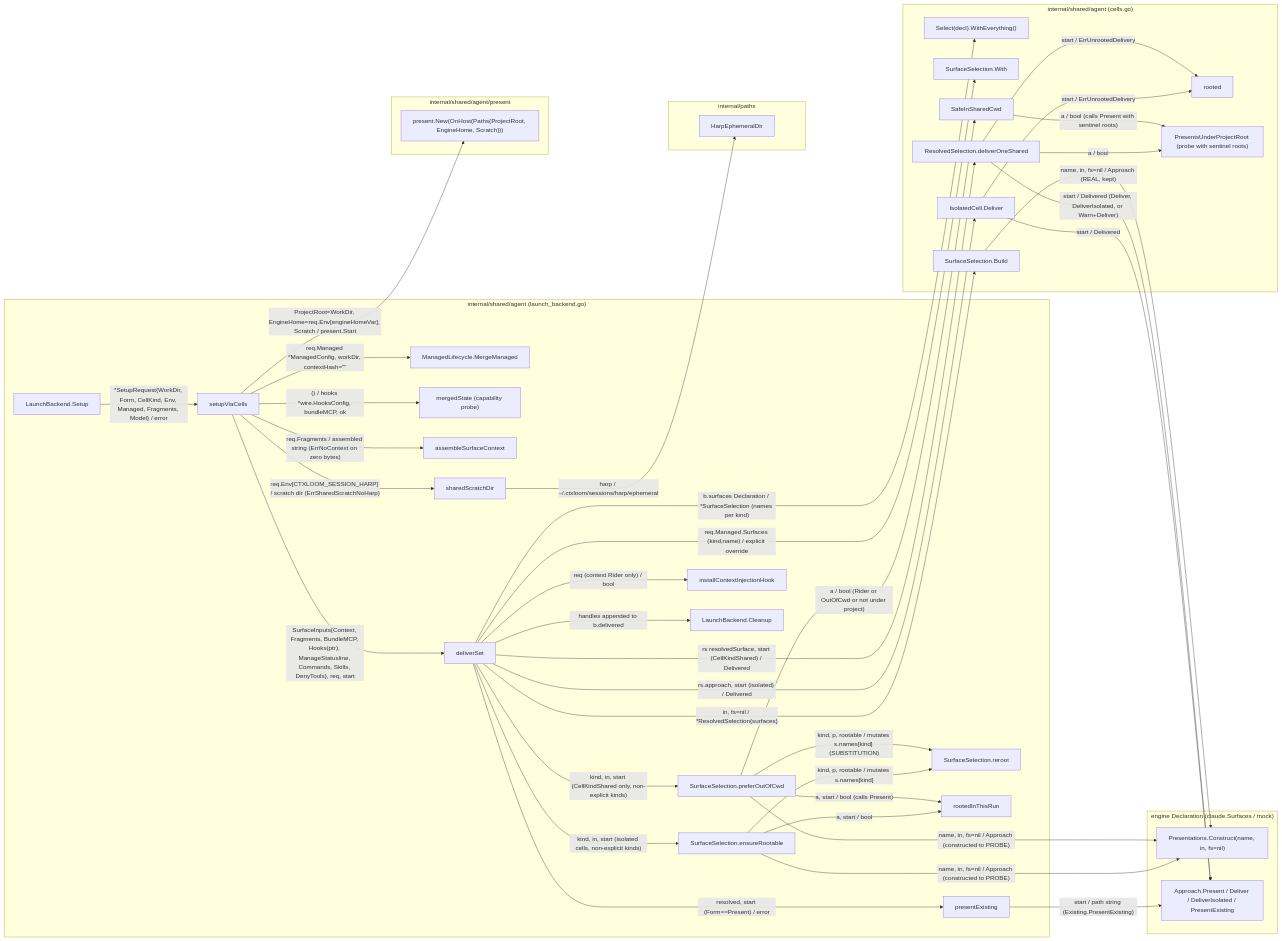
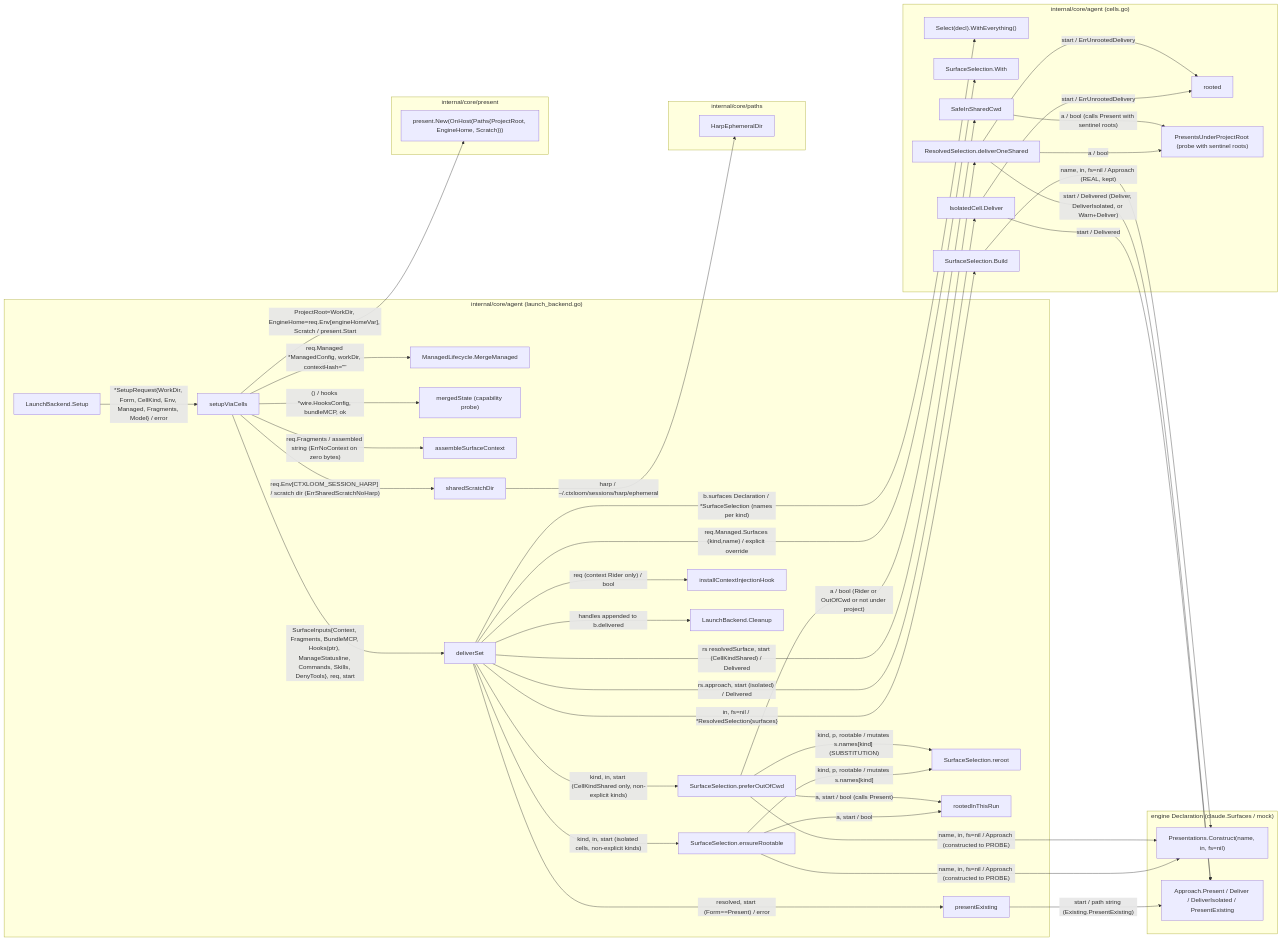
The second of 10 diagrams in docs/architecture/audit-2026-09-18/03-delivery-surfaces.md (ctxloom/ctxloom), drawn with Mermaid before and after one commit. The commit also changed other lines of this file and 1836 other files, not shown here.

First line of the commit message:
refactor(arch): move the core ring into internal/core

````diff
--- a/docs/architecture/audit-2026-09-18/03-delivery-surfaces.md
+++ b/docs/architecture/audit-2026-09-18/03-delivery-surfaces.md
@@ -115,73 +115,73 @@
 ```mermaid
 flowchart LR
-  subgraph lb["internal/shared/agent (launch_backend.go)"]
+  subgraph lb["internal/core/agent (launch_backend.go)"]
     SETUP["LaunchBackend.Setup"]
     SVC["setupViaCells"]
     MM["ManagedLifecycle.MergeManaged"]
     MS["mergedState (capability probe)"]
     ASC["assembleSurfaceContext"]
     SSD["sharedScratchDir"]
     DS["deliverSet"]
     POC["SurfaceSelection.preferOutOfCwd"]
     ER["SurfaceSelection.ensureRootable"]
     RR["SurfaceSelection.reroot"]
     RIR["rootedInThisRun"]
     ICIH["installContextInjectionHook"]
     PE["presentExisting"]
     CLEAN["LaunchBackend.Cleanup"]
   end
-  subgraph cells["internal/shared/agent (cells.go)"]
+  subgraph cells["internal/core/agent (cells.go)"]
     SEL["Select(decl).WithEverything()"]
     WITH["SurfaceSelection.With"]
     BUILD["SurfaceSelection.Build"]
     DOS["ResolvedSelection.deliverOneShared"]
     IC["IsolatedCell.Deliver"]
     ROOTED["rooted"]
     PUPR["PresentsUnderProjectRoot (probe with sentinel roots)"]
     SISC["SafeInSharedCwd"]
   end
-  subgraph pres["internal/shared/agent/present"]
+  subgraph pres["internal/core/present"]
     NEW["present.New(OnHost(Paths{ProjectRoot, EngineHome, Scratch}))"]
   end
-  subgraph paths["internal/paths"]
+  subgraph paths["internal/core/paths"]
     HED["HarpEphemeralDir"]
   end
   subgraph approaches["engine Declaration (claude.Surfaces / mock)"]
     CONS["Presentations.Construct(name, in, fs=nil)"]
     APP["Approach.Present / Deliver / DeliverIsolated / PresentExisting"]
   end
 
   SETUP -- "*SetupRequest{WorkDir, Form, CellKind, Env, Managed, Fragments, Model} / error" --> SVC
   SVC -- "req.Managed *ManagedConfig, workDir, contextHash=&quot;&quot;" --> MM
   SVC -- "() / hooks *wire.HooksConfig, bundleMCP, ok" --> MS
   SVC -- "req.Fragments / assembled string (ErrNoContext on zero bytes)" --> ASC
   SVC -- "req.Env[CTXLOOM_SESSION_HARP] / scratch dir (ErrSharedScratchNoHarp)" --> SSD
   SSD -- "harp / ~/.ctxloom/sessions/harp/ephemeral" --> HED
   SVC -- "ProjectRoot=WorkDir, EngineHome=req.Env[engineHomeVar], Scratch / present.Start" --> NEW
   SVC -- "SurfaceInputs{Context, Fragments, BundleMCP, Hooks(ptr), ManageStatusline, Commands, Skills, DenyTools}, req, start" --> DS
   DS -- "b.surfaces Declaration / *SurfaceSelection (names per kind)" --> SEL
   DS -- "kind, in, start (CellKindShared only, non-explicit kinds)" --> POC
   DS -- "kind, in, start (isolated cells, non-explicit kinds)" --> ER
   POC -- "name, in, fs=nil / Approach (constructed to PROBE)" --> CONS
   ER -- "name, in, fs=nil / Approach (constructed to PROBE)" --> CONS
   POC -- "a, start / bool (calls Present)" --> RIR
   ER -- "a, start / bool" --> RIR
   POC -- "a / bool (Rider or OutOfCwd or not under project)" --> SISC
   SISC -- "a / bool (calls Present with sentinel roots)" --> PUPR
   POC -- "kind, p, rootable / mutates s.names[kind] (SUBSTITUTION)" --> RR
   ER -- "kind, p, rootable / mutates s.names[kind]" --> RR
   DS -- "req.Managed.Surfaces (kind,name) / explicit override" --> WITH
   DS -- "in, fs=nil / *ResolvedSelection{surfaces}" --> BUILD
   BUILD -- "name, in, fs=nil / Approach (REAL, kept)" --> CONS
   DS -- "resolved, start (Form==Present) / error" --> PE
   PE -- "start / path string (Existing.PresentExisting)" --> APP
   DS -- "rs resolvedSurface, start (CellKindShared) / Delivered" --> DOS
   DS -- "rs.approach, start (isolated) / Delivered" --> IC
   DOS -- "start / ErrUnrootedDelivery" --> ROOTED
   IC -- "start / ErrUnrootedDelivery" --> ROOTED
   DOS -- "a / bool" --> PUPR
   DOS -- "start / Delivered (Deliver, DeliverIsolated, or Warn+Deliver)" --> APP
   IC -- "start / Delivered" --> APP
   DS -- "req (context Rider only) / bool" --> ICIH
   DS -- "handles appended to b.delivered" --> CLEAN
 ```
````
